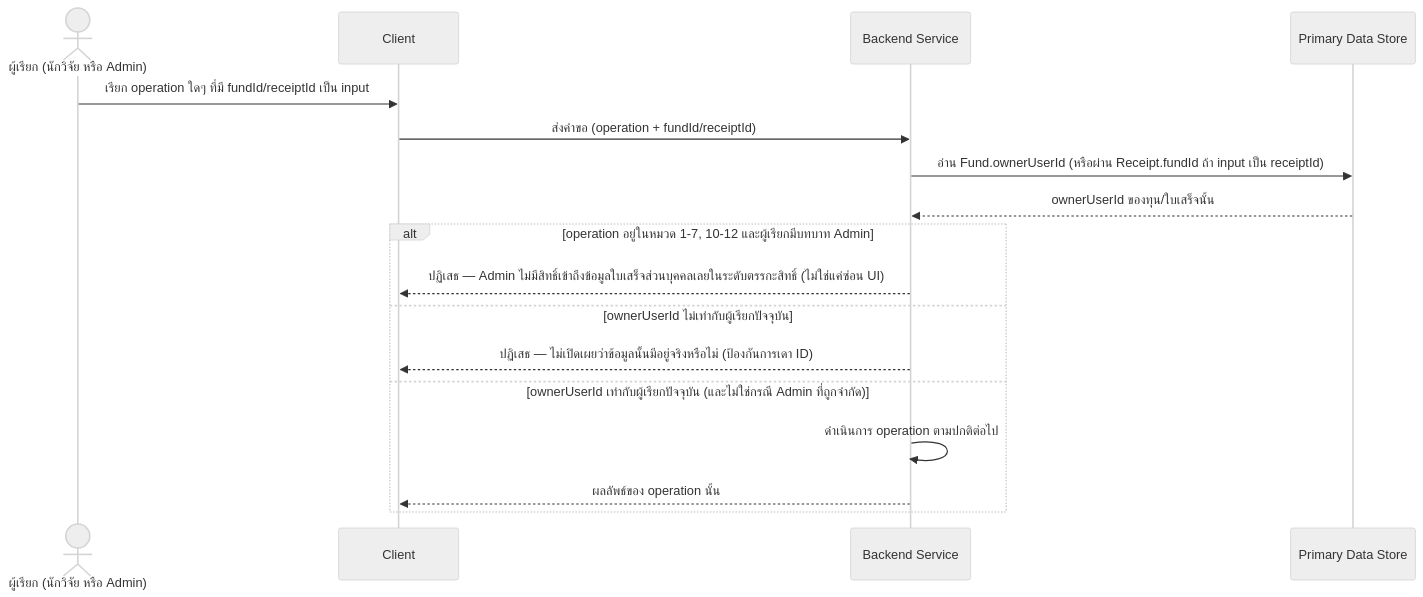
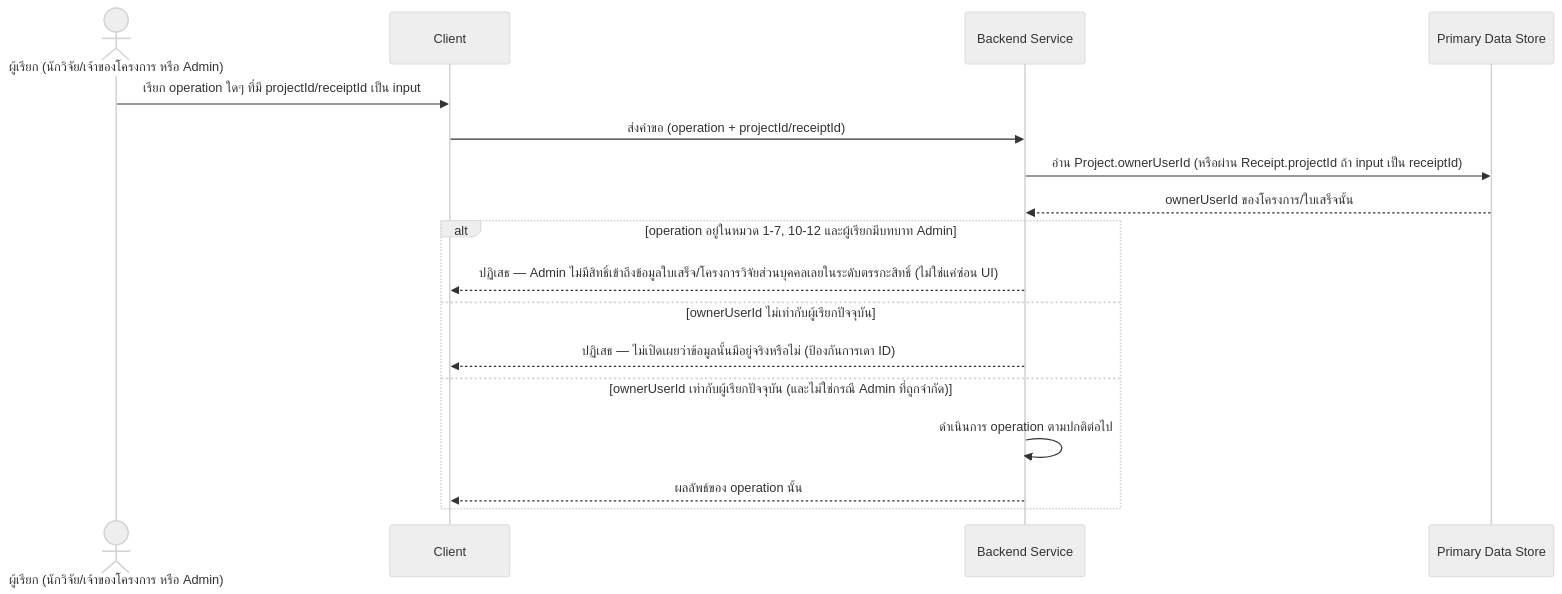
One commit to ptrsswnr/Grant-Receipt-Assistant changed the diagram in docs/02-design/02-technical/detailed-design/access-control.md. Above: the diagram before and after it, drawn with Mermaid (neutral theme). The commit also changed other lines of this file and 18 other files, not shown here.

First line of the commit message:
Cascade FundSource/Project split through technical design

````diff
--- a/docs/02-design/02-technical/detailed-design/access-control.md
+++ b/docs/02-design/02-technical/detailed-design/access-control.md
@@ -31,20 +41,20 @@
 ```mermaid
 sequenceDiagram
-    actor U as ผู้เรียก (นักวิจัย หรือ Admin)
+    actor U as ผู้เรียก (นักวิจัย/เจ้าของโครงการ หรือ Admin)
     participant C as Client
     participant B as Backend Service
     participant DS as Primary Data Store
 
-    U->>C: เรียก operation ใดๆ ที่มี fundId/receiptId เป็น input
-    C->>B: ส่งคำขอ (operation + fundId/receiptId)
-    B->>DS: อ่าน Fund.ownerUserId (หรือผ่าน Receipt.fundId ถ้า input เป็น receiptId)
-    DS-->>B: ownerUserId ของทุน/ใบเสร็จนั้น
+    U->>C: เรียก operation ใดๆ ที่มี projectId/receiptId เป็น input
+    C->>B: ส่งคำขอ (operation + projectId/receiptId)
+    B->>DS: อ่าน Project.ownerUserId (หรือผ่าน Receipt.projectId ถ้า input เป็น receiptId)
+    DS-->>B: ownerUserId ของโครงการ/ใบเสร็จนั้น
     alt operation อยู่ในหมวด 1-7, 10-12 และผู้เรียกมีบทบาท Admin
-        B-->>C: ปฏิเสธ — Admin ไม่มีสิทธิ์เข้าถึงข้อมูลใบเสร็จส่วนบุคคลเลยในระดับตรรกะสิทธิ์ (ไม่ใช่แค่ซ่อน UI)
+        B-->>C: ปฏิเสธ — Admin ไม่มีสิทธิ์เข้าถึงข้อมูลใบเสร็จ/โครงการวิจัยส่วนบุคคลเลยในระดับตรรกะสิทธิ์ (ไม่ใช่แค่ซ่อน UI)
     else ownerUserId ไม่เท่ากับผู้เรียกปัจจุบัน
         B-->>C: ปฏิเสธ — ไม่เปิดเผยว่าข้อมูลนั้นมีอยู่จริงหรือไม่ (ป้องกันการเดา ID)
     else ownerUserId เท่ากับผู้เรียกปัจจุบัน (และไม่ใช่กรณี Admin ที่ถูกจำกัด)
         B->>B: ดำเนินการ operation ตามปกติต่อไป
         B-->>C: ผลลัพธ์ของ operation นั้น
     end
 ```
````
